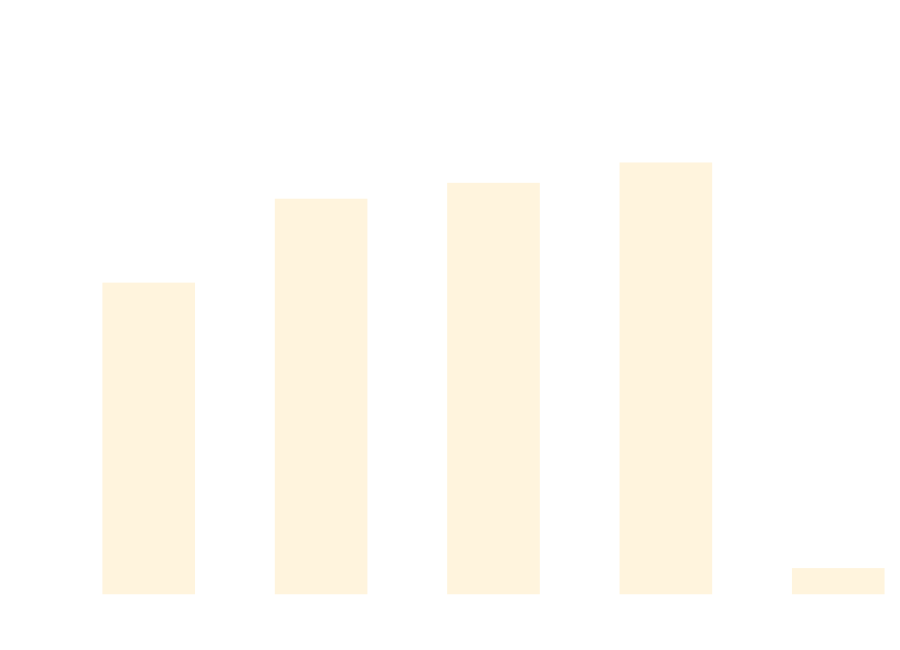
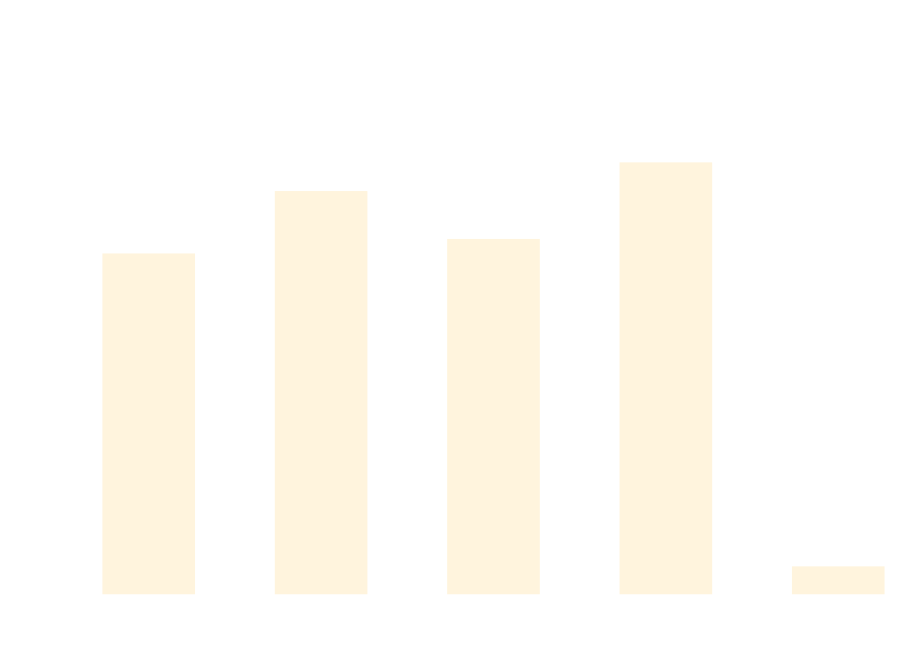
Before and after one commit to thomhurst/TUnit: the diagram in docs/docs/benchmarks/DataDrivenTests.md, drawn with Mermaid. The commit also changed other lines of this file and 17 other files, not shown here.

````diff
--- a/docs/docs/benchmarks/DataDrivenTests.md
+++ b/docs/docs/benchmarks/DataDrivenTests.md
@@ -27,37 +27,37 @@
 ```mermaid
 %%{init: {
   'theme':'base',
   'themeVariables': {
     'primaryColor': '#2563eb',
     'primaryTextColor': '#ffffff',
     'primaryBorderColor': '#1e40af',
     'lineColor': '#6b7280',
     'secondaryColor': '#7c3aed',
     'tertiaryColor': '#dc2626',
     'background': '#ffffff',
     'mainBkg': '#2563eb',
     'secondBkg': '#7c3aed',
     'tertiaryBkg': '#dc2626',
     'clusterBkg': '#f3f4f6',
     'edgeLabelBackground': '#ffffff',
     'tertiaryTextColor': '#1f2937',
     'pie1': '#2563eb',
     'pie2': '#7c3aed',
     'pie3': '#dc2626',
     'pie4': '#f59e0b',
     'pie5': '#10b981',
     'pie6': '#06b6d4',
     'pie7': '#ec4899',
     'pie8': '#6366f1',
     'pie9': '#84cc16',
     'pie10': '#f97316',
     'pie11': '#14b8a6',
     'pie12': '#a855f7'
   }
 }}%%
 xychart-beta
   title "DataDrivenTests Performance Comparison"
   x-axis ["TUnit", "NUnit", "MSTest", "xUnit3", "TUnit_AOT"]
-  y-axis "Time (ms)" 0 --> 742
-  bar [441.54, 564.55, 587.82, 617.62, 23.13]
+  y-axis "Time (ms)" 0 --> 685
+  bar [447.11, 531.54, 466.74, 570.33, 23.68]
 ```
````
